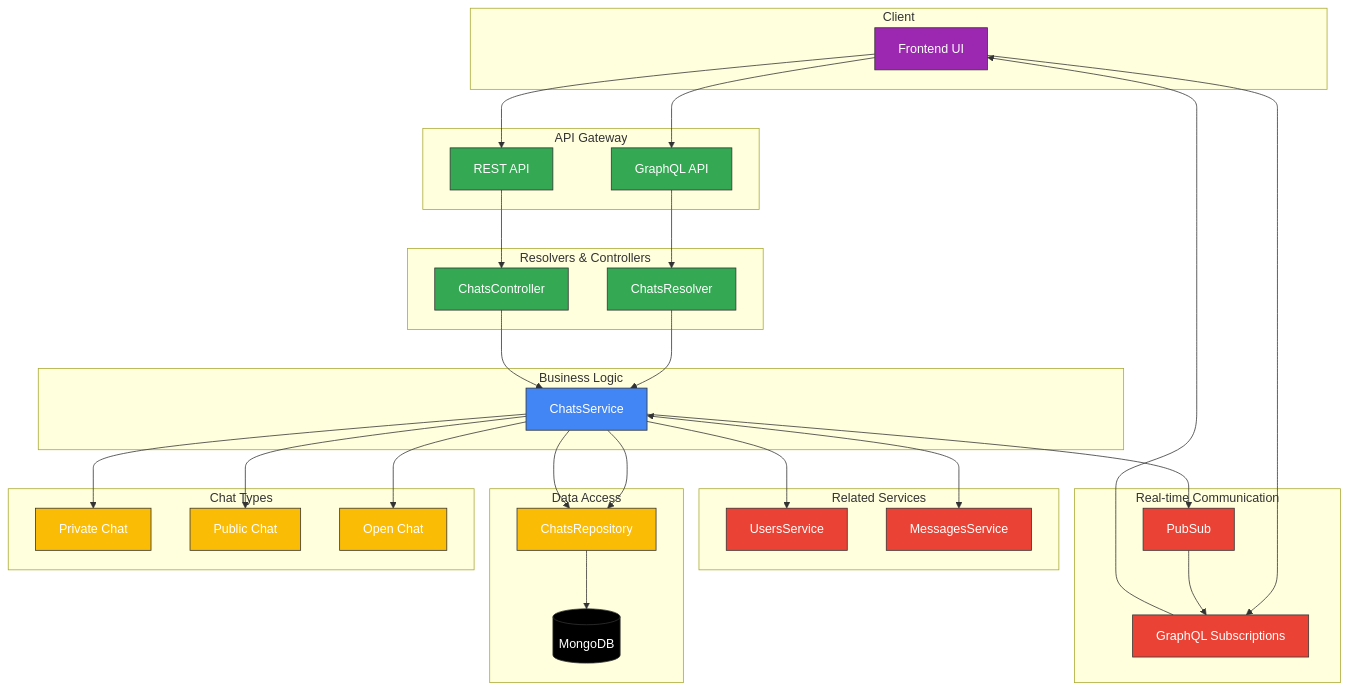
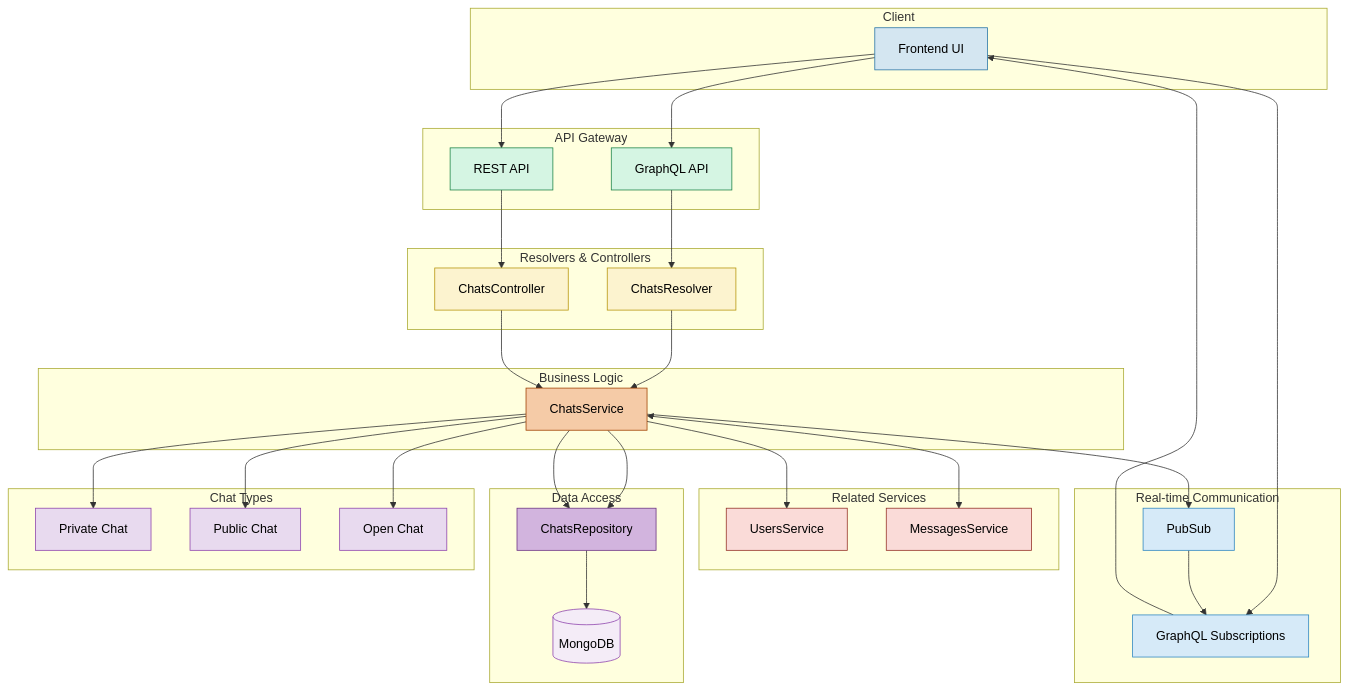
The diagram in docs/core/chats.md (aniketdebnath/apollo-chat), drawn with Mermaid before and after one commit. The commit also changed 10 other files, not shown here.

Commit message:
inconsistency in diagrams fixed, updated with high contrast fill color suitable for github dark mode

````diff
--- a/docs/core/chats.md
+++ b/docs/core/chats.md
@@ -93,18 +93,23 @@
     CS --> CRepo
 
     %% Styles
-    classDef primary fill:#4285F4,stroke:#333,stroke-width:1px,color:white
-    classDef secondary fill:#34A853,stroke:#333,stroke-width:1px,color:white
-    classDef tertiary fill:#FBBC05,stroke:#333,stroke-width:1px,color:white
-    classDef quaternary fill:#EA4335,stroke:#333,stroke-width:1px,color:white
-    classDef client fill:#9C27B0,stroke:#333,stroke-width:1px,color:white
-    classDef db fill:#000000,stroke:#333,stroke-width:1px,color:white
+    classDef client fill:#D4E6F1,stroke:#2874A6,stroke-width:1px,color:#000;
+    classDef api fill:#D5F5E3,stroke:#1E8449,stroke-width:1px,color:#000;
+    classDef resolver fill:#FCF3CF,stroke:#B7950B,stroke-width:1px,color:#000;
+    classDef service fill:#F5CBA7,stroke:#A04000,stroke-width:1px,color:#000;
+    classDef repo fill:#D2B4DE,stroke:#6C3483,stroke-width:1px,color:#000;
+    classDef related fill:#FADBD8,stroke:#943126,stroke-width:1px,color:#000;
+    classDef realtime fill:#D6EAF8,stroke:#2E86C1,stroke-width:1px,color:#000;
+    classDef chattype fill:#E8DAEF,stroke:#8E44AD,stroke-width:1px,color:#000;
+    classDef db fill:#F4ECF7,stroke:#8E44AD,stroke-width:1px,color:#000;
 
     class UI client
-    class GQL,REST,CR,CC secondary
-    class CS primary
-    class CRepo,PCT,PUCT,OCT tertiary
-    class US,MS quaternary
-    class PS,SUB quaternary
+    class GQL,REST api
+    class CR,CC resolver
+    class CS service
+    class CRepo repo
+    class PCT,PUCT,OCT chattype
+    class US,MS related
+    class PS,SUB realtime
     class DB db
 ```
````
